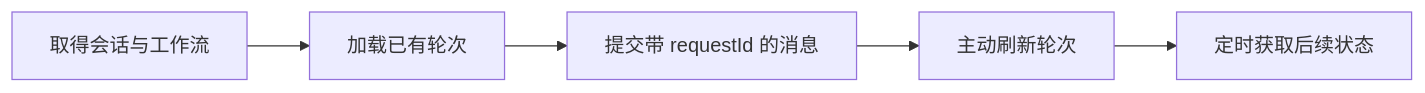
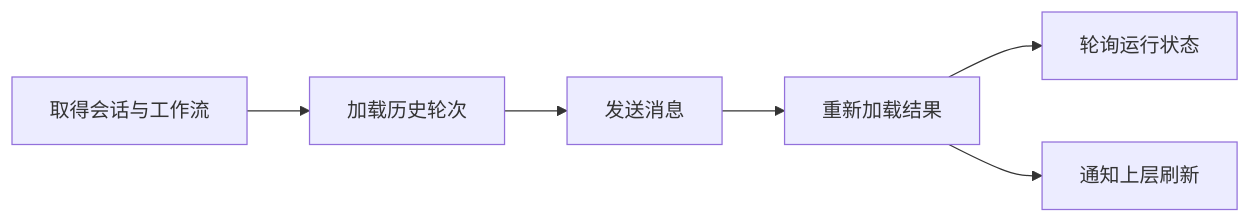
The diagram in .repo-review/knowledge/articles/001b6918b116c330d22184278aab72b29da732fb01cd08b2e3ac0de0773485c5.md (lejunyang/omem), drawn with Mermaid before and after one commit. The commit also changed other lines of this file and 97 other files, not shown here.

````diff
--- a/.repo-review/knowledge/articles/001b6918b116c330d22184278aab72b29da732fb01cd08b2e3ac0de0773485c5.md
+++ b/.repo-review/knowledge/articles/001b6918b116c330d22184278aab72b29da732fb01cd08b2e3ac0de0773485c5.md
@@ -19,7 +19,8 @@
 ```mermaid
 flowchart LR
-  A[取得会话与工作流] --> B[加载已有轮次]
-  B --> C[提交带 requestId 的消息]
-  C --> D[主动刷新轮次]
-  D --> E[定时获取后续状态]
+  A[取得会话与工作流] --> B[加载历史轮次]
+  B --> C[发送消息]
+  C --> D[重新加载结果]
+  D --> E[轮询运行状态]
+  D --> F[通知上层刷新]
 ```
````
